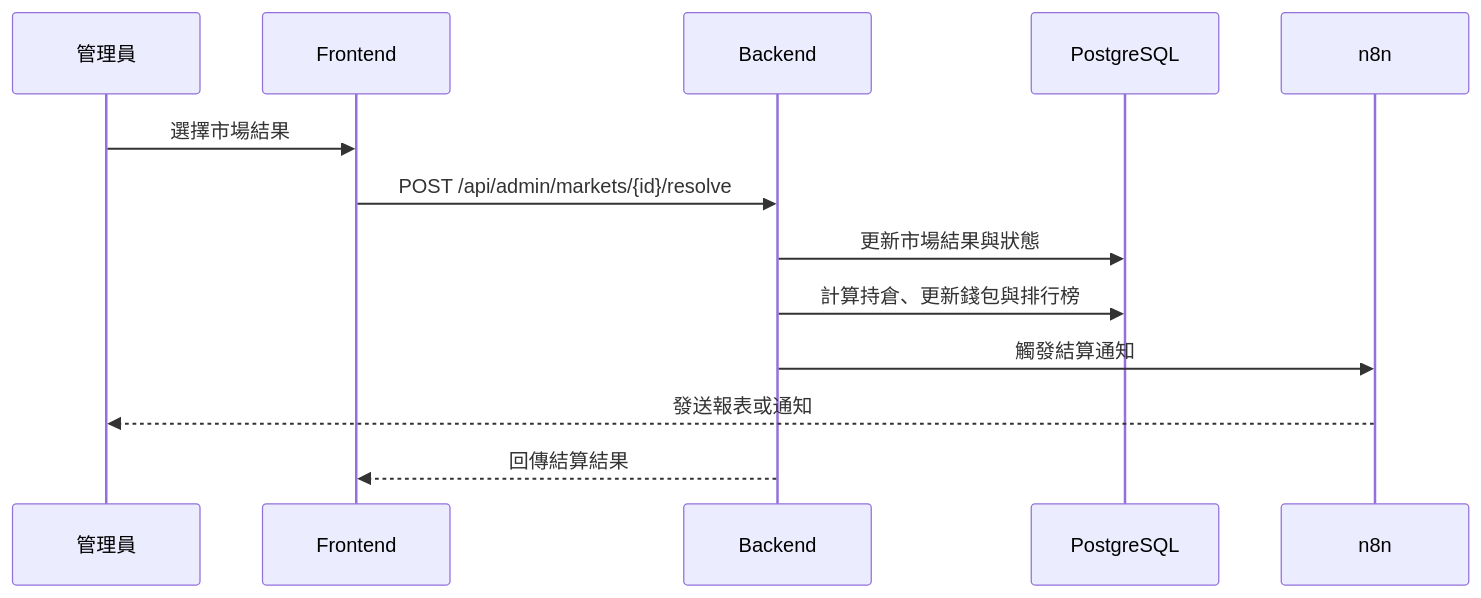
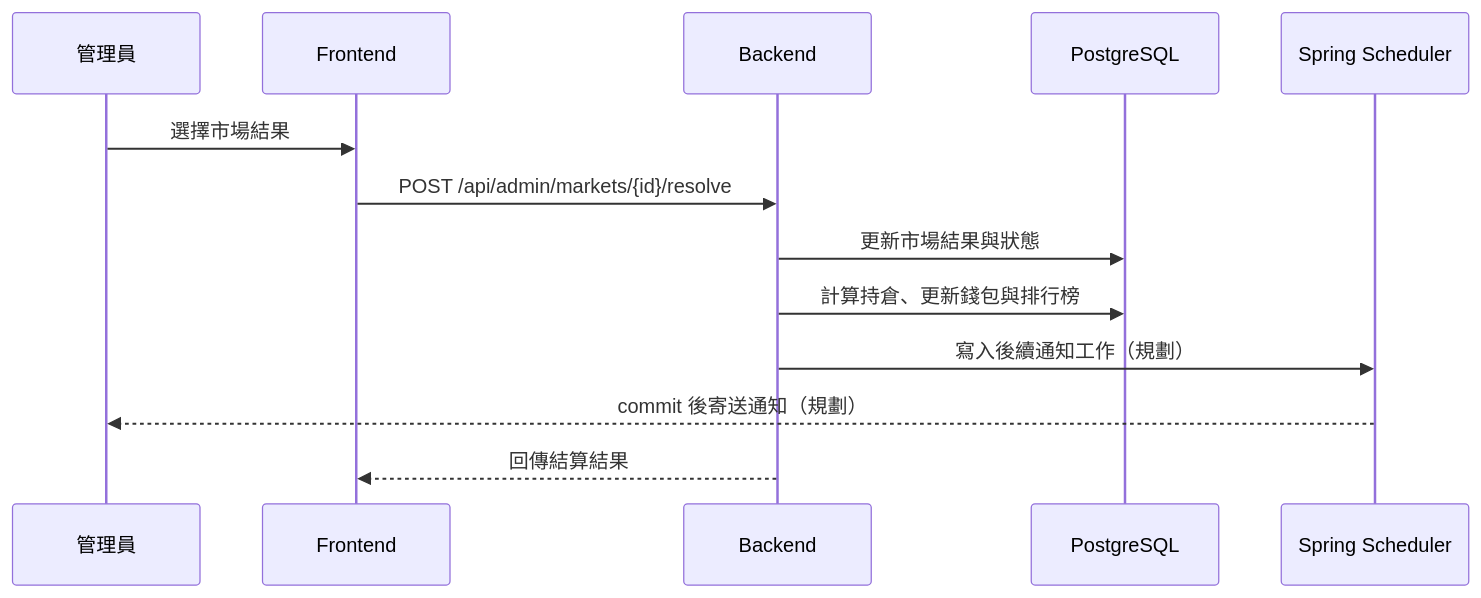
The fifth of 5 diagrams in docs/系統設計/網站架構.md (b2626826-blip/UcMarket), drawn with Mermaid before and after one commit. The commit also changed other lines of this file and 14 other files, not shown here.

````diff
--- a/docs/系統設計/網站架構.md
+++ b/docs/系統設計/網站架構.md
@@ -271,16 +279,16 @@
 ```mermaid
 sequenceDiagram
     participant A as 管理員
     participant F as Frontend
     participant B as Backend
     participant D as PostgreSQL
-    participant N as n8n
+    participant S as Spring Scheduler
 
     A->>F: 選擇市場結果
     F->>B: POST /api/admin/markets/{id}/resolve
     B->>D: 更新市場結果與狀態
     B->>D: 計算持倉、更新錢包與排行榜
-    B->>N: 觸發結算通知
-    N-->>A: 發送報表或通知
+    B->>S: 寫入後續通知工作（規劃）
+    S-->>A: commit 後寄送通知（規劃）
     B-->>F: 回傳結算結果
 ```
````
